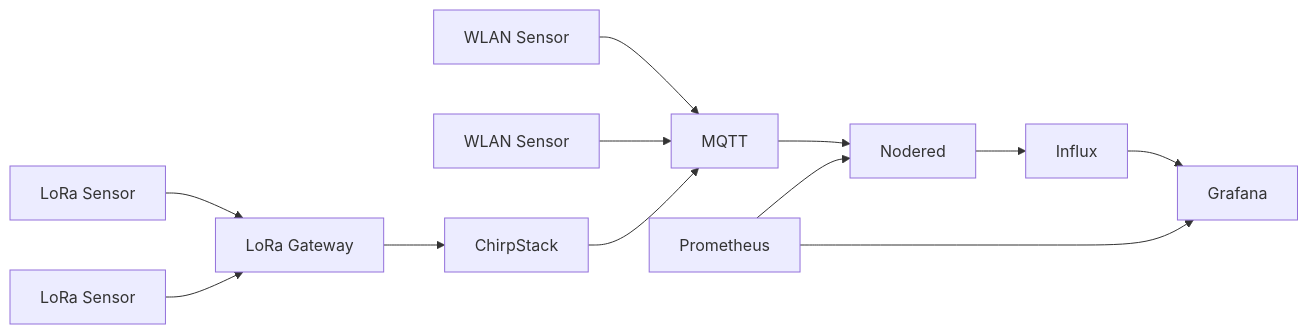
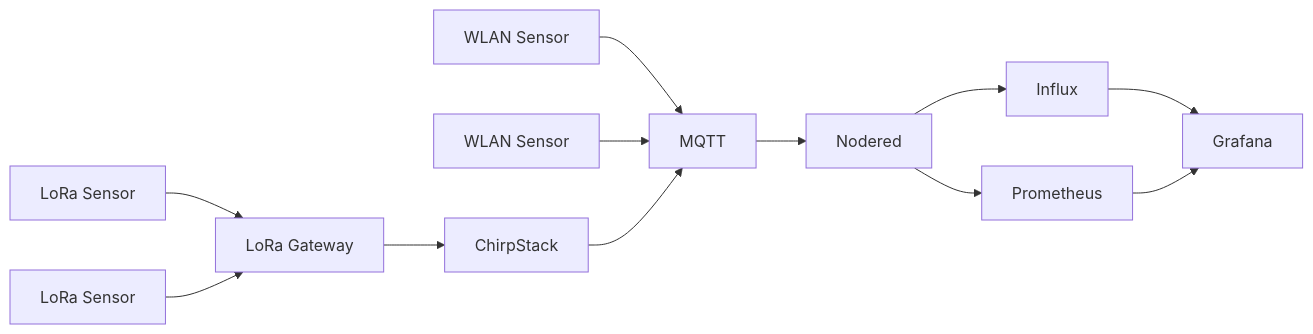
One commit to jreichwald/CAS-IoT-2024 changed the diagram in README.md. Above: the diagram before and after it, drawn with Mermaid.

````diff
--- a/README.md
+++ b/README.md
@@ -4,14 +4,14 @@
 ```mermaid 
 flowchart LR
     n2["LoRa Sensor"] --> n1["LoRa Gateway"]
     n3["LoRa Sensor"] --> n1
     n1 --> n4["ChirpStack"]
     n5["WLAN Sensor"] --> n8["MQTT"]
     n6["WLAN Sensor"] --> n8
     n4 --> n8
     n8 --> n11["Nodered"]
-    n9["Prometheus"] --> n11
+    n11 --> n9["Prometheus"]
     n11 --> n12
     n12["Influx"] --> n10
     n9 --> n10["Grafana"]
 ```
````
